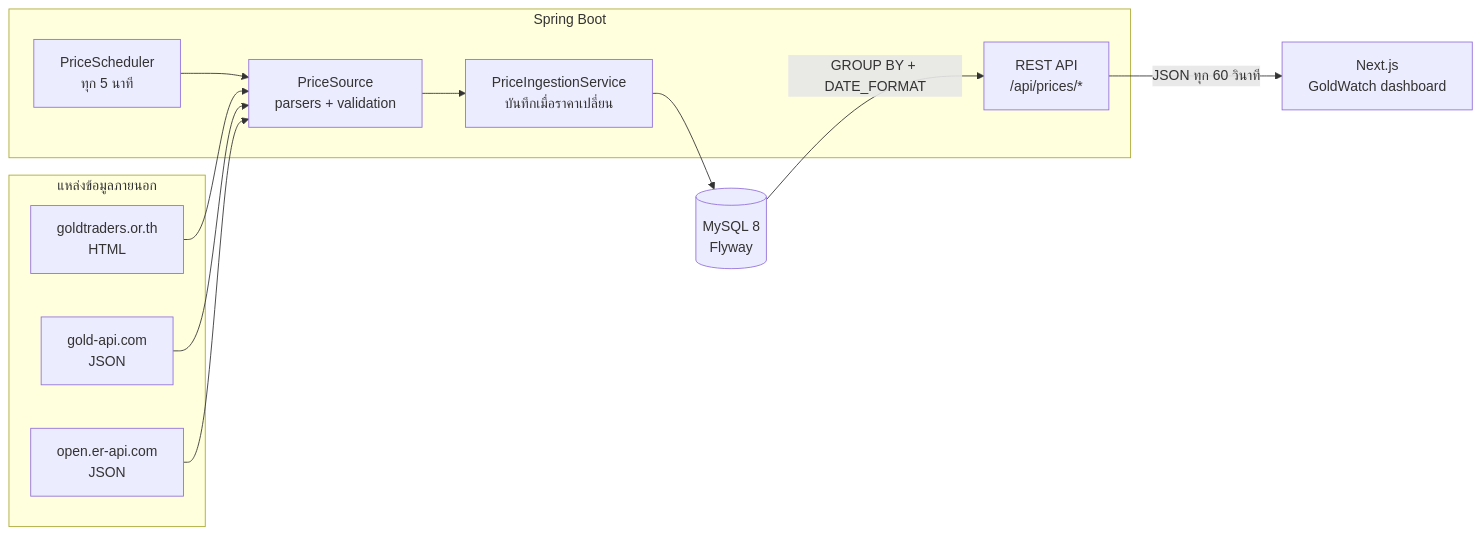
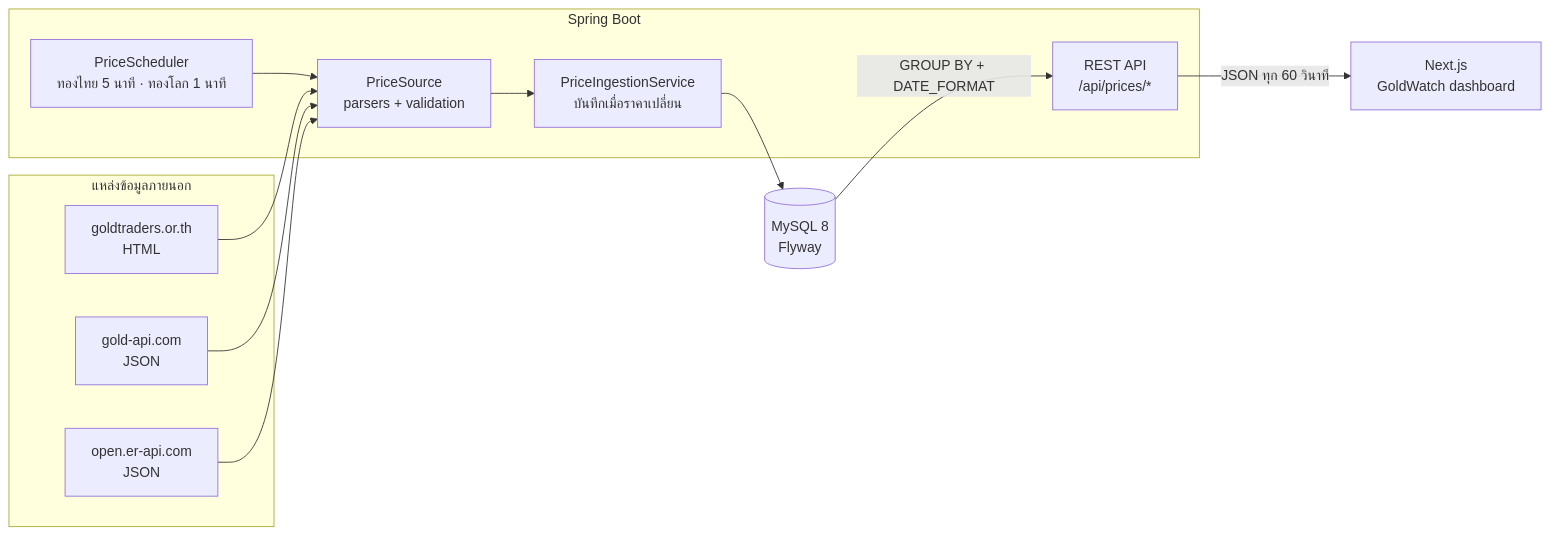
One commit to nazhan0-dev/Gold-Watch changed the diagram in README.md. Above: the diagram before and after it, drawn with Mermaid. The commit also changed other lines of this file and 8 other files, not shown here.

````diff
--- a/README.md
+++ b/README.md
@@ -38,20 +38,20 @@
 ```mermaid
 flowchart LR
     subgraph Sources[แหล่งข้อมูลภายนอก]
         GTA[goldtraders.or.th<br/>HTML]
         GAPI[gold-api.com<br/>JSON]
         ER[open.er-api.com<br/>JSON]
     end
     subgraph Backend[Spring Boot]
-        SCH[PriceScheduler<br/>ทุก 5 นาที] --> SRC[PriceSource<br/>parsers + validation]
+        SCH[PriceScheduler<br/>ทองไทย 5 นาที · ทองโลก 1 นาที] --> SRC[PriceSource<br/>parsers + validation]
         SRC --> ING[PriceIngestionService<br/>บันทึกเมื่อราคาเปลี่ยน]
         API[REST API<br/>/api/prices/*]
     end
     DB[(MySQL 8<br/>Flyway)]
     WEB[Next.js<br/>GoldWatch dashboard]
 
     GTA & GAPI & ER --> SRC
     ING --> DB
     DB -->|GROUP BY + DATE_FORMAT| API
     API -->|JSON ทุก 60 วินาที| WEB
 ```
````
